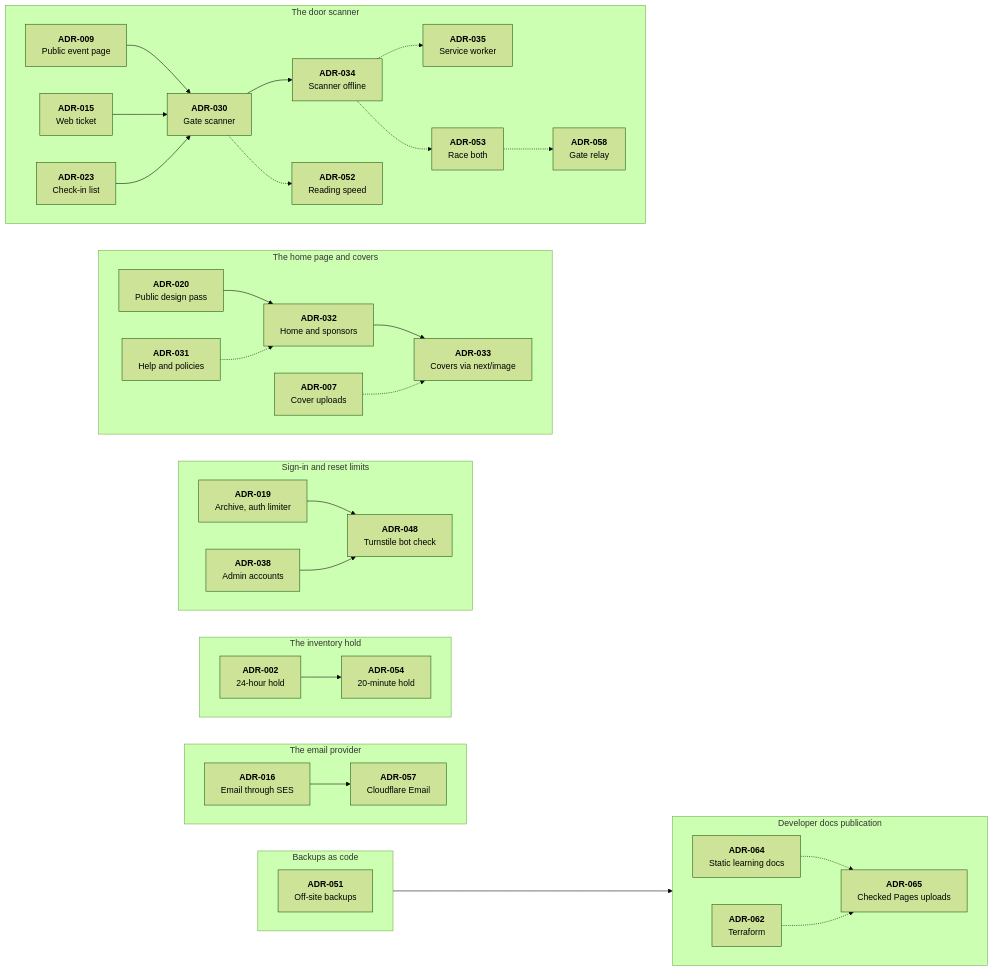
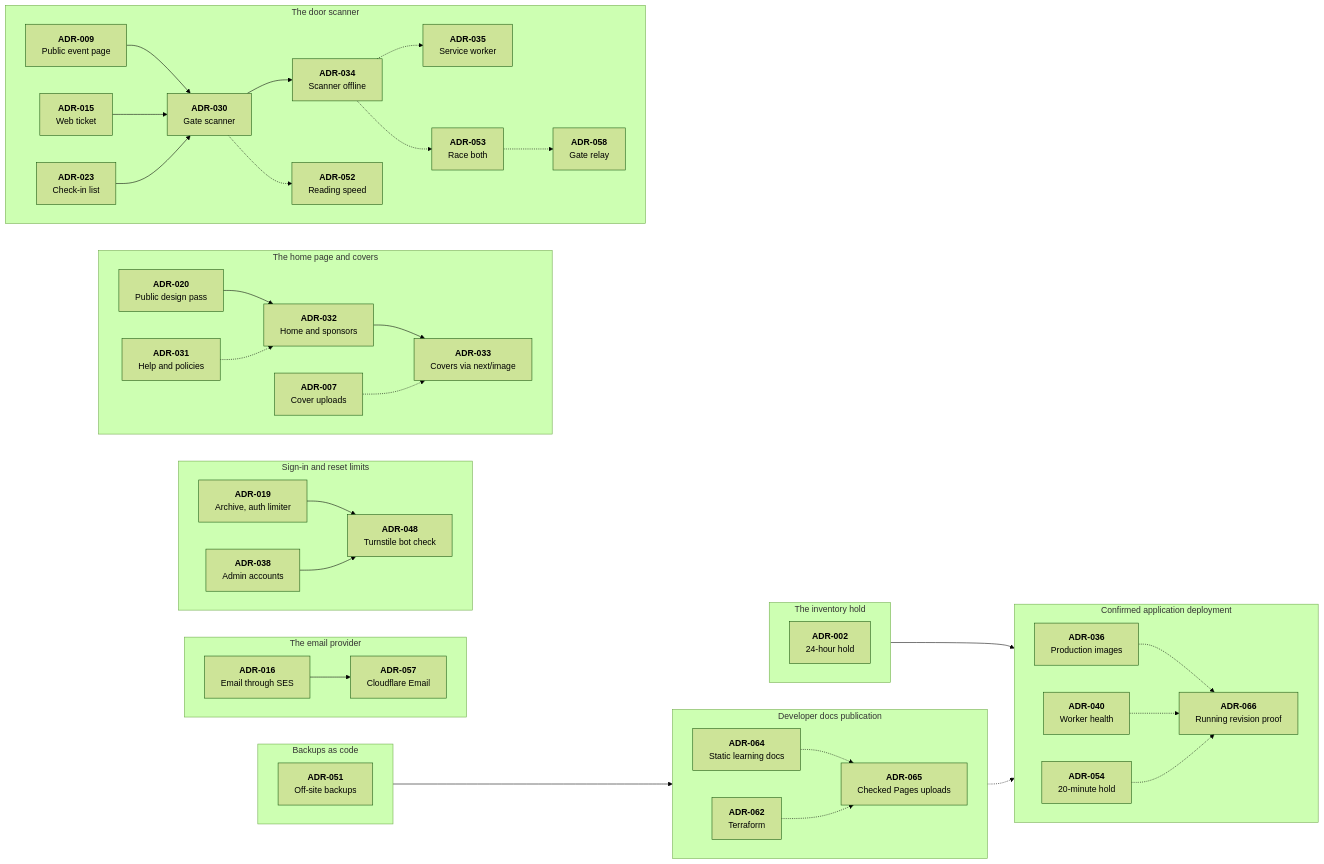
Before and after one commit to Ashfak-Hossain/EchoAndAura: the diagram in docs/decisions/README.md, drawn with Mermaid (forest theme). The commit also changed other lines of this file and 22 other files, not shown here.

Commit message:
ci(deploy): confirm running web and worker revision

```diff
--- a/docs/decisions/README.md
+++ b/docs/decisions/README.md
@@ -62,6 +62,19 @@
         Checked Pages uploads`"]
         a064 -.-> a065
         a062 -.-> a065
+    end
+    subgraph deployment ["Confirmed application deployment"]
+        direction LR
+        a036["`**ADR-036**
+        Production images`"]
+        a040["`**ADR-040**
+        Worker health`"]
+        a066["`**ADR-066**
+        Running revision proof`"]
+        a036 -.-> a066
+        a040 -.-> a066
+        a054 -.-> a066
+        a065 -.-> a066
     end
     %% Mermaid draws the last group on top, so the groups are declared bottom first.
     subgraph backups ["Backups as code"]
```
